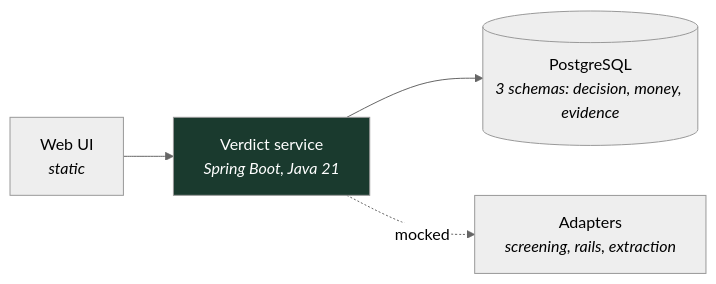
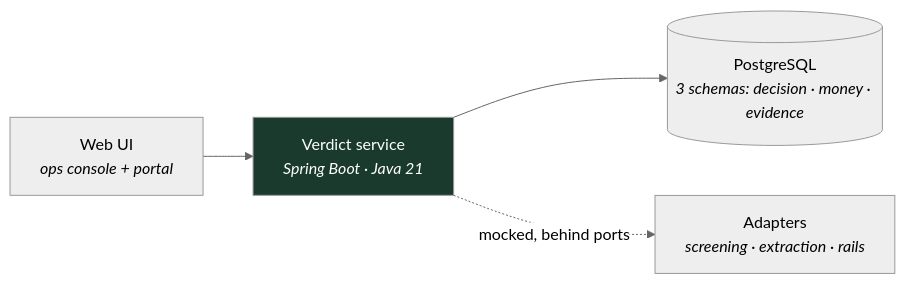
Before and after one commit to pratikhunny/verdict: diagram 11 of 11 in docs/02-hld.md, drawn with Mermaid (neutral theme). The commit also changed other lines of this file and 59 other files, not shown here.

````diff
--- a/docs/02-hld.md
+++ b/docs/02-hld.md
@@ -410,8 +578,8 @@
 ```mermaid
 flowchart LR
-    ui["Web UI<br/><i>static</i>"] --> app["Verdict service<br/><i>Spring Boot, Java 21</i>"]
-    app --> pg[("PostgreSQL<br/><i>3 schemas: decision, money, evidence</i>")]
-    app -.->|"mocked"| ext["Adapters<br/><i>screening, rails, extraction</i>"]
+    ui["Web UI<br/><i>ops console + portal</i>"] --> app["Verdict service<br/><i>Spring Boot · Java 21</i>"]
+    app --> pg[("PostgreSQL<br/><i>3 schemas: decision · money · evidence</i>")]
+    app -.->|"mocked, behind ports"| ext["Adapters<br/><i>screening · extraction · rails</i>"]
 
     style app fill:#1a3a2e,color:#fff
 ```
````
